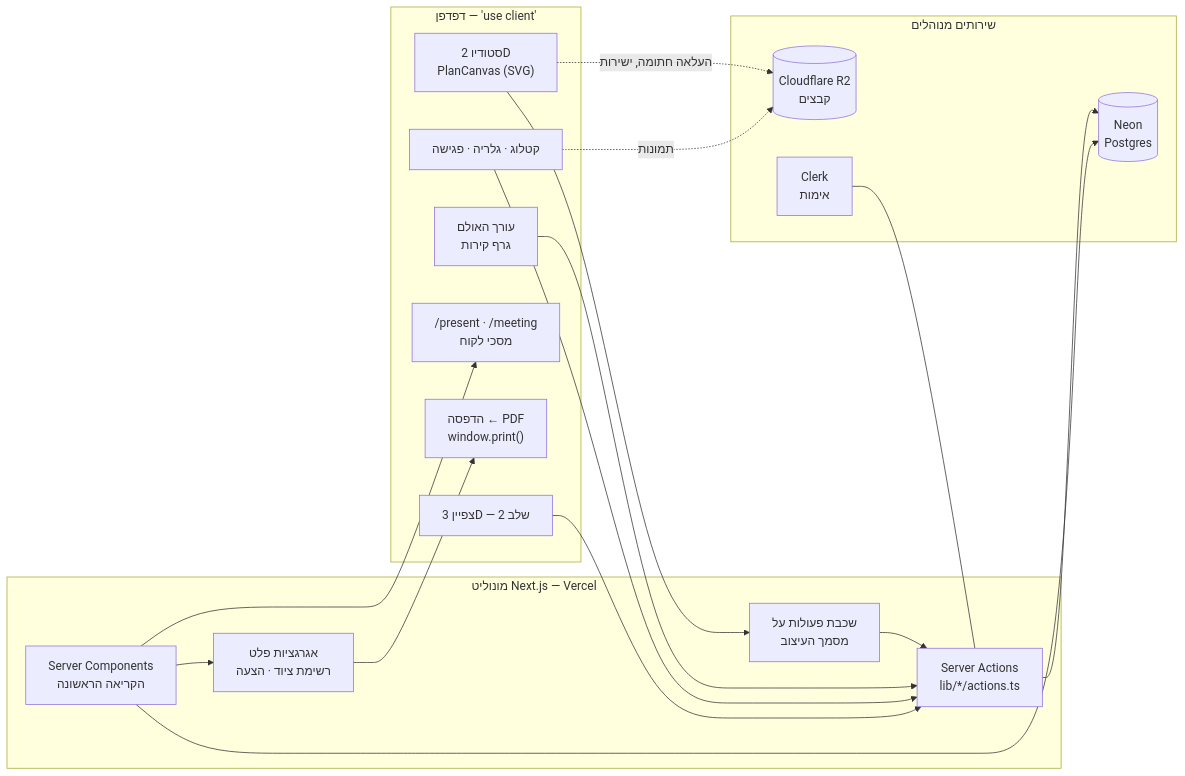
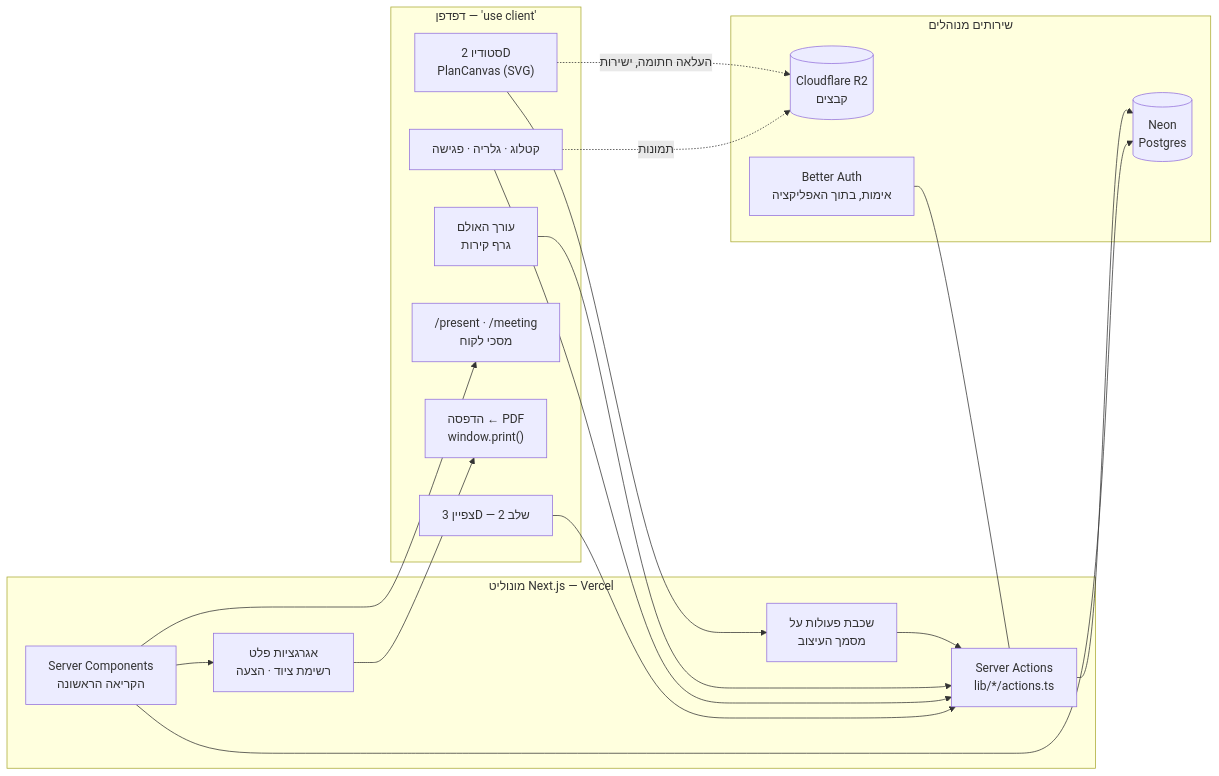
Before and after one commit to Ravidi22/EventDesigner: the diagram in docs/02-מסמך-ארכיטקטורה-וטכנולוגיות.md, drawn with Mermaid. The commit also changed other lines of this file and 30 other files, not shown here.

````diff
--- a/docs/02-מסמך-ארכיטקטורה-וטכנולוגיות.md
+++ b/docs/02-מסמך-ארכיטקטורה-וטכנולוגיות.md
@@ -76,35 +80,35 @@
 ```mermaid
 graph LR
     subgraph "דפדפן — 'use client'"
         A["סטודיו 2D<br/>PlanCanvas (SVG)"]
         H["עורך האולם<br/>גרף קירות"]
         C["קטלוג · גלריה · פגישה"]
         P["/present · /meeting<br/>מסכי לקוח"]
         PR["הדפסה ← PDF<br/>window.print()"]
         V["צפיין 3D — שלב 2"]
     end
     subgraph "מונוליט Next.js — Vercel"
         SC["Server Components<br/>הקריאה הראשונה"]
         ACT["Server Actions<br/>lib/*/actions.ts"]
         DOC["שכבת פעולות על<br/>מסמך העיצוב"]
         EXP["אגרגציות פלט<br/>רשימת ציוד · הצעה"]
     end
     subgraph "שירותים מנוהלים"
         PG[("Neon<br/>Postgres")]
         R2[("Cloudflare R2<br/>קבצים")]
-        AUTH["Clerk<br/>אימות"]
+        AUTH["Better Auth<br/>אימות, בתוך האפליקציה"]
     end
     A --> DOC
     DOC --> ACT
     H --> ACT
     C --> ACT
     V --> ACT
     SC --> P
     SC --> EXP
     EXP --> PR
     ACT --> PG
     SC --> PG
     A -. "העלאה חתומה, ישירות" .-> R2
     C -. "תמונות" .-> R2
     AUTH --- ACT
 ```
````
